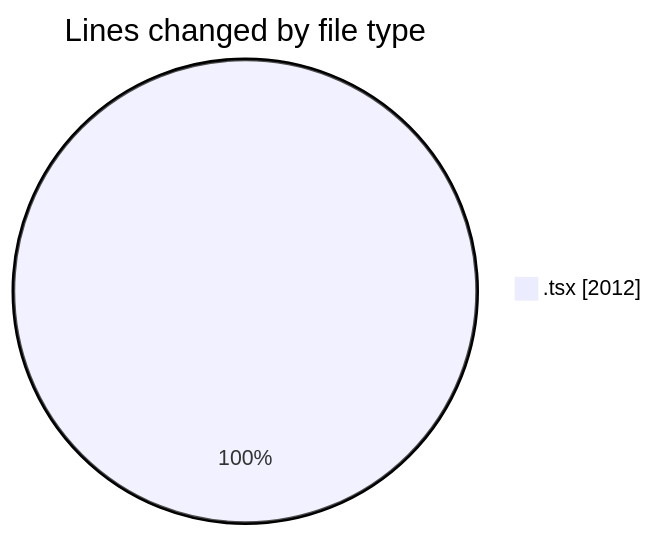
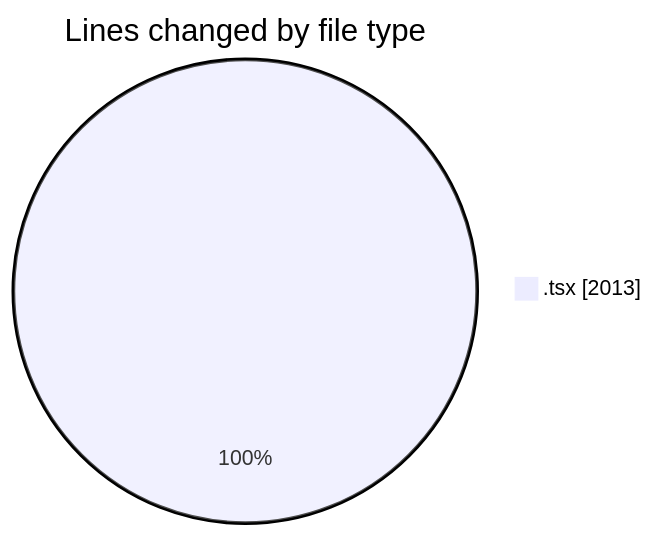
The first of 2 diagrams in 2025-06-12/cda/README.md (momahboobian/code-tracking), drawn with Mermaid before and after one commit. The commit also changed other lines of this file and 1 other file, not shown here.

````diff
--- a/2025-06-12/cda/README.md
+++ b/2025-06-12/cda/README.md
@@ -23,5 +23,5 @@
 ```mermaid
 pie showData
 title Lines changed by file type
-".tsx" : 2012
+".tsx" : 2013
 ```
````
